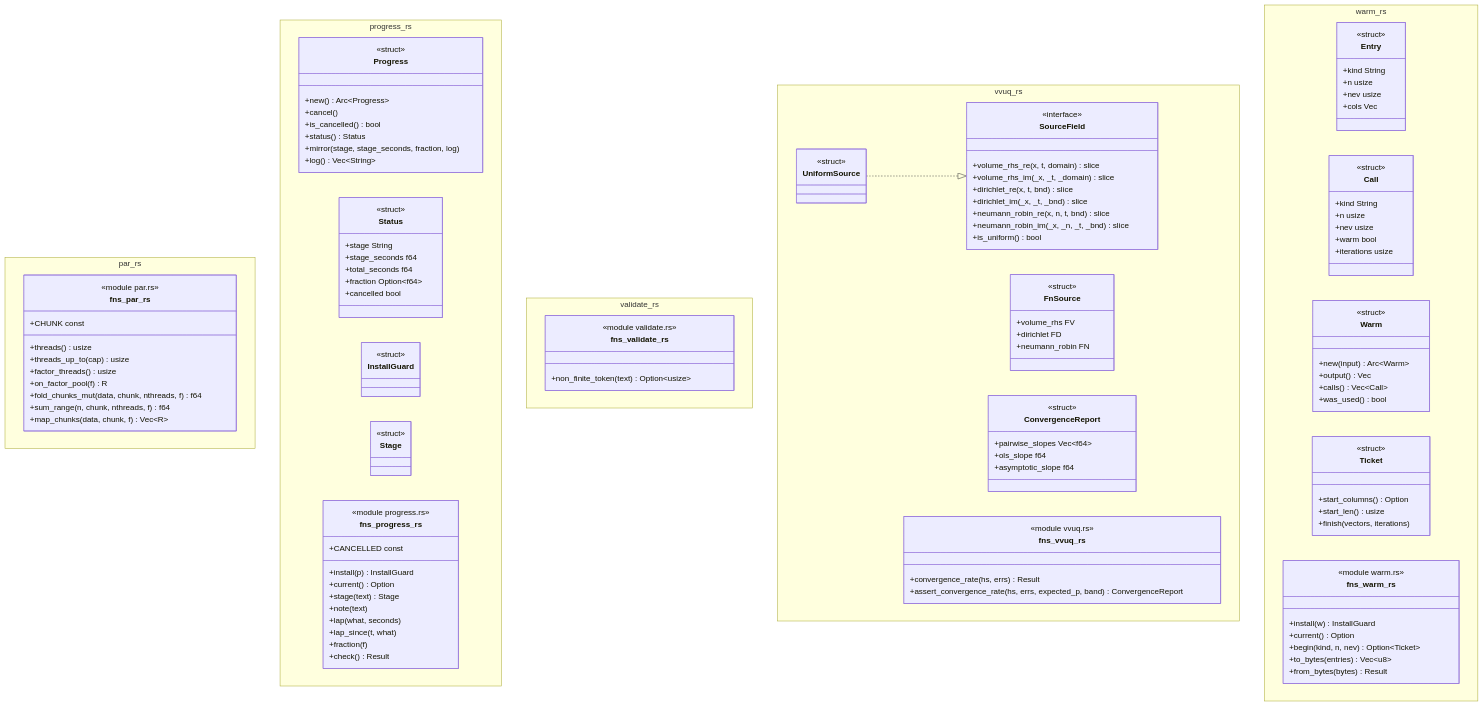
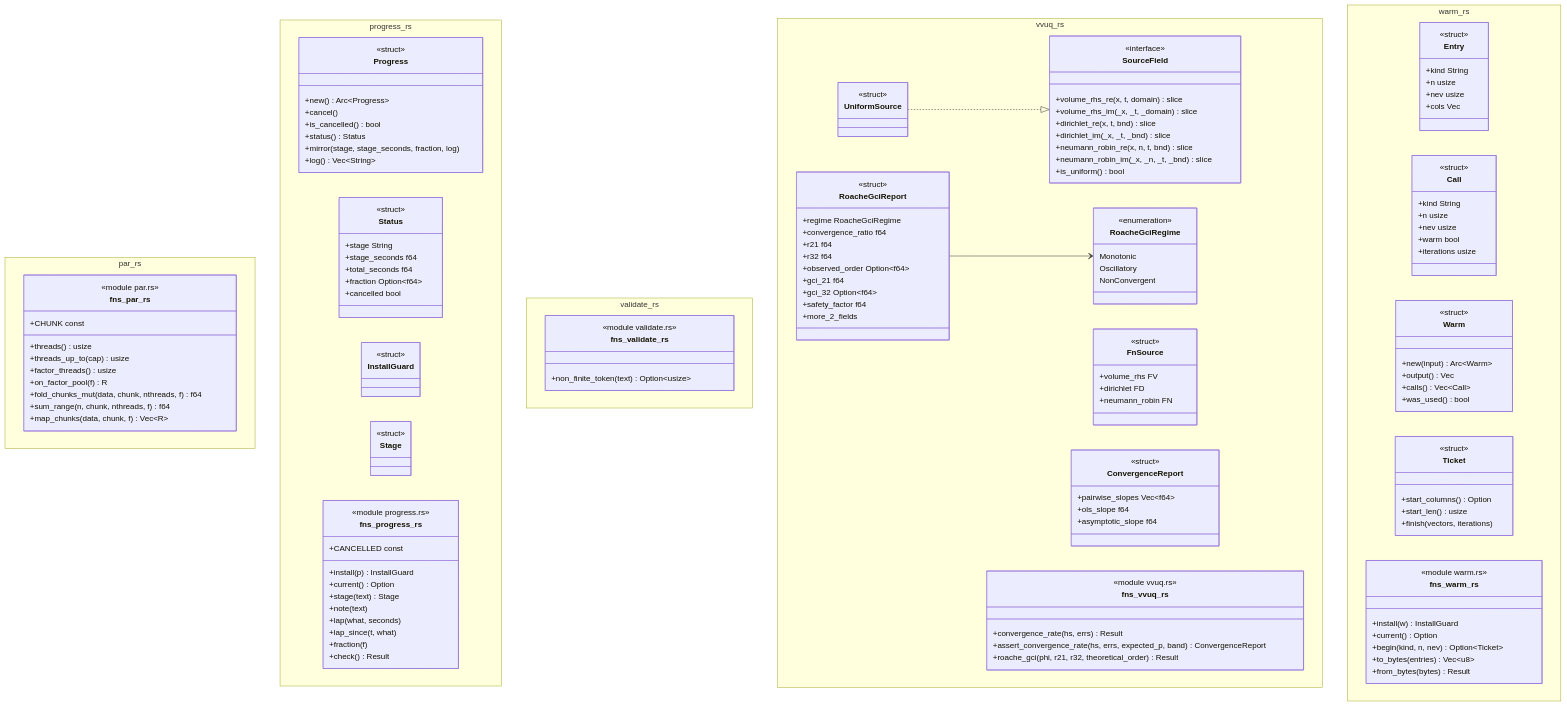
One commit to p-j-r/nyx changed the diagram in docs/architecture/c4/4-code/femcore/runtime.md. Above: the diagram before and after it, drawn with Mermaid. The commit also changed other lines of this file and 55 other files, not shown here.

Commit message:
vvuq(phase3): scaffold ADR 133, femcore::vvuq::roache_gci, SolveResult diagnostics & error budgets

````diff
--- a/docs/architecture/c4/4-code/femcore/runtime.md
+++ b/docs/architecture/c4/4-code/femcore/runtime.md
@@ -156,10 +156,29 @@
         +ols_slope f64
         +asymptotic_slope f64
     }
+    class RoacheGciRegime {
+        <<enumeration>>
+        Monotonic
+        Oscillatory
+        NonConvergent
+    }
+    class RoacheGciReport {
+        <<struct>>
+        +regime RoacheGciRegime
+        +convergence_ratio f64
+        +r21 f64
+        +r32 f64
+        +observed_order Option~f64~
+        +gci_21 f64
+        +gci_32 Option~f64~
+        +safety_factor f64
+        +more_2_fields
+    }
     class fns_vvuq_rs {
         <<module vvuq.rs>>
         +convergence_rate(hs, errs) Result
         +assert_convergence_rate(hs, errs, expected_p, band) ConvergenceReport
+        +roache_gci(phi, r21, r32, theoretical_order) Result
     }
   }
   namespace warm_rs {
@@ -201,4 +220,5 @@
     }
   }
   UniformSource ..|> SourceField
+  RoacheGciReport --> RoacheGciRegime
 ```
````
